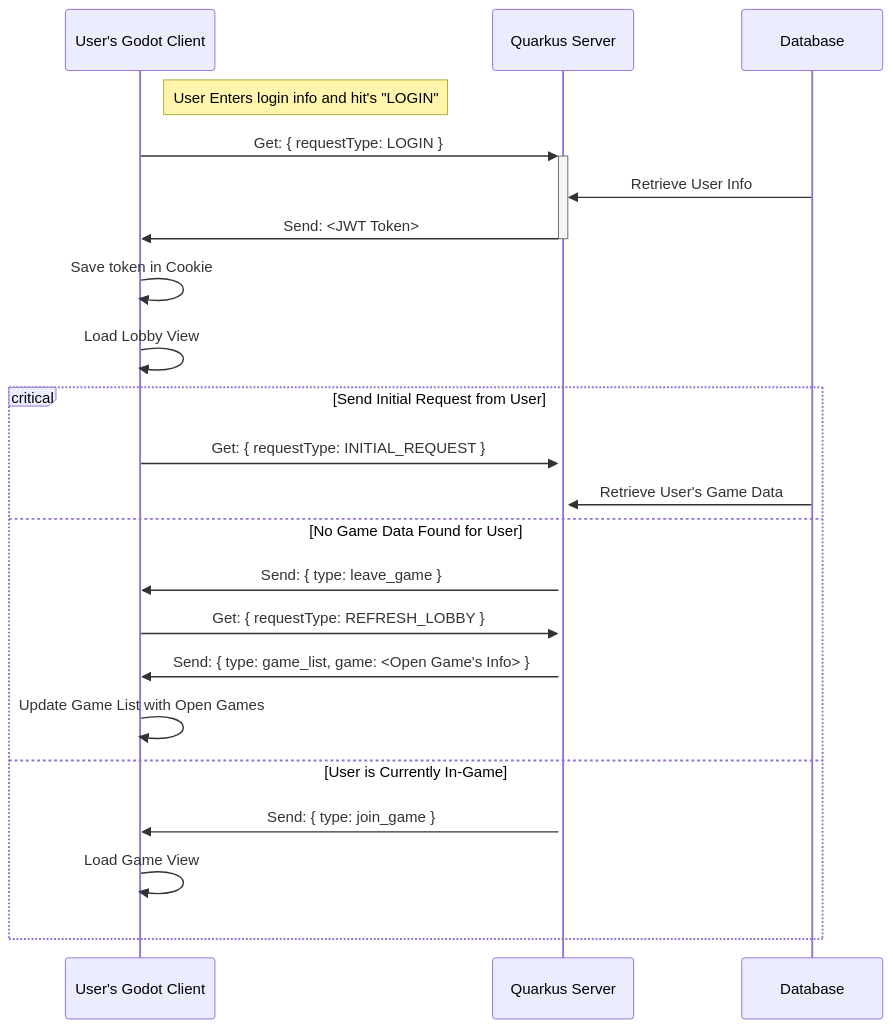
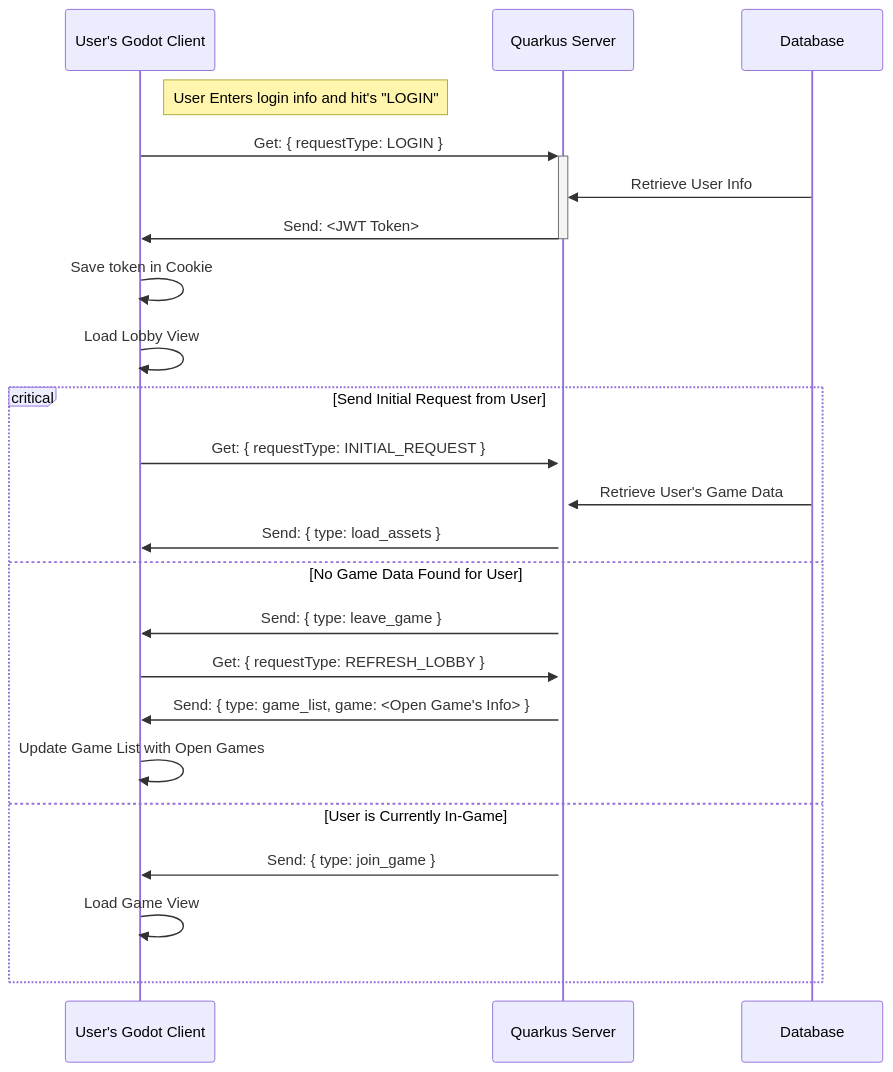
The second of 3 diagrams in README.md (Jaland/godot-lobby-backend), drawn with Mermaid before and after one commit. The commit also changed other lines of this file, not shown here.

````diff
--- a/README.md
+++ b/README.md
@@ -214,30 +223,31 @@
 ```mermaid
 sequenceDiagram
   participant Client as User's Godot Client
   participant Controller as Quarkus Server
   participant Database as Database
 
 
   note right of Client: User Enters login info and hit's "LOGIN"
 
   Client->>+Controller: Get: { requestType: LOGIN }
       Database->>Controller: Retrieve User Info
       Controller->>-Client: Send: <JWT Token>
       Client->>Client: Save token in Cookie
       Client->>Client: Load Lobby View
       
     critical Send Initial Request from User
       Client->>+Controller: Get: { requestType: INITIAL_REQUEST }
       Database->>Controller: Retrieve User's Game Data
+      Controller->>Client: Send: { type: load_assets }
     
     option No Game Data Found for User
       Controller->>Client: Send: { type: leave_game }
       Client->>Controller: Get: { requestType: REFRESH_LOBBY }
       Controller->>Client: Send: { type: game_list, game: <Open Game's Info> }
       Client->>Client: Update Game List with Open Games
 
     option User is Currently In-Game
       Controller->>Client: Send: { type: join_game }
       Client->>Client: Load Game View
     end
 ```
````
